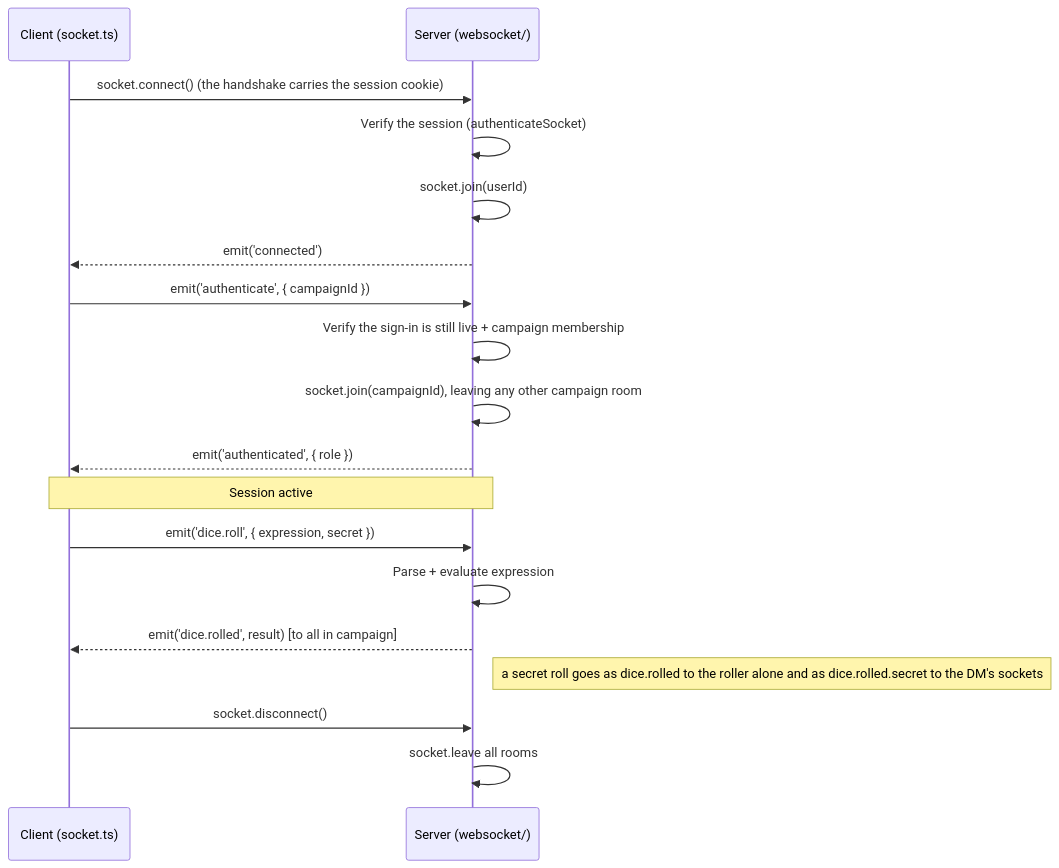
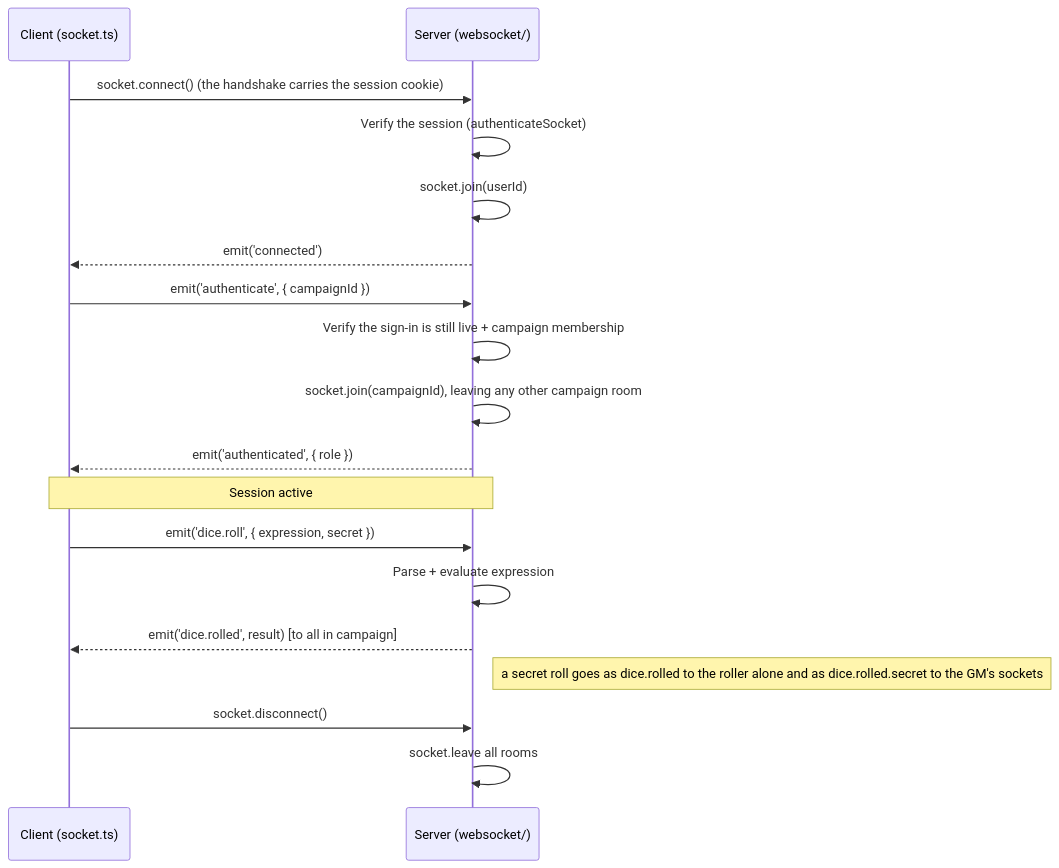
One commit to CheekyChinchilla/CozyVTT changed the sixth of 6 diagrams in docs/ARCHITECTURE.md. Above: the diagram before and after it, drawn with Mermaid. The commit also changed other lines of this file and 28 other files, not shown here.

````diff
--- a/docs/ARCHITECTURE.md
+++ b/docs/ARCHITECTURE.md
@@ -871,24 +900,24 @@
 ```mermaid
 sequenceDiagram
     participant C as Client (socket.ts)
     participant S as Server (websocket/)
 
     C->>S: socket.connect() (the handshake carries the session cookie)
     S->>S: Verify the session (authenticateSocket)
     S->>S: socket.join(userId)
     S-->>C: emit('connected')
     C->>S: emit('authenticate', { campaignId })
     S->>S: Verify the sign-in is still live + campaign membership
     S->>S: socket.join(campaignId), leaving any other campaign room
     S-->>C: emit('authenticated', { role })
 
     Note over C,S: Session active
 
     C->>S: emit('dice.roll', { expression, secret })
     S->>S: Parse + evaluate expression
     S-->>C: emit('dice.rolled', result) [to all in campaign]
-    Note right of S: a secret roll goes as dice.rolled to the roller alone and as dice.rolled.secret to the DM's sockets
+    Note right of S: a secret roll goes as dice.rolled to the roller alone and as dice.rolled.secret to the GM's sockets
 
     C->>S: socket.disconnect()
     S->>S: socket.leave all rooms
 ```
````
